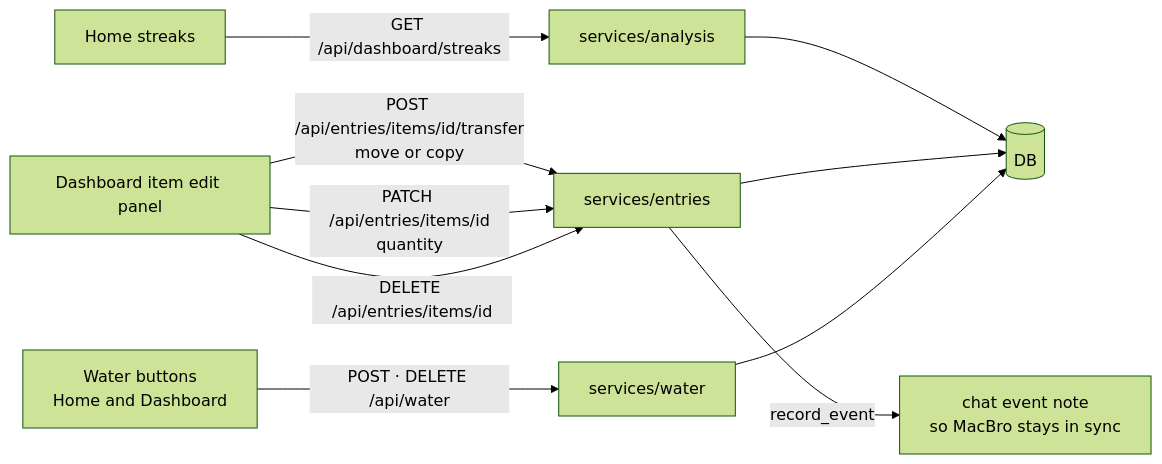
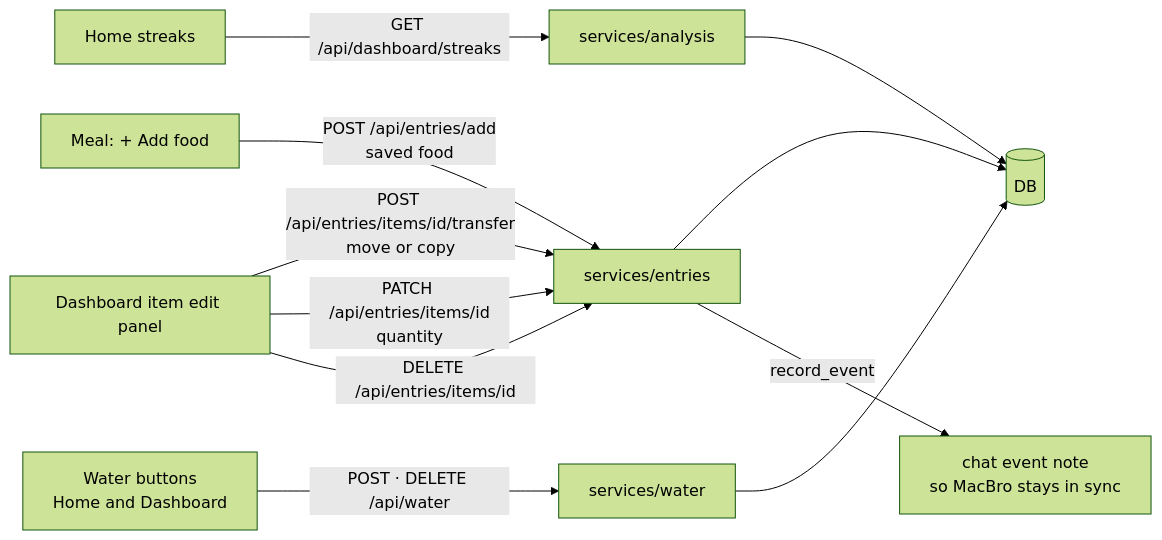
The sixth of 9 diagrams in docs/hld.md (NeoAnushka21/tracker_poc), drawn with Mermaid (forest theme) before and after one commit. The commit also changed other lines of this file and 22 other files, not shown here.

````diff
--- a/docs/hld.md
+++ b/docs/hld.md
@@ -133,12 +133,13 @@
 ```mermaid
 flowchart LR
     D[Dashboard item edit panel] -->|POST /api/entries/items/id/transfer<br/>move or copy| E[services/entries]
+    AF[Meal: + Add food] -->|POST /api/entries/add<br/>saved food| E
     D -->|PATCH /api/entries/items/id<br/>quantity| E
     D -->|DELETE /api/entries/items/id| E
     W[Water buttons<br/>Home and Dashboard] -->|POST · DELETE /api/water| WS[services/water]
     H[Home streaks] -->|GET /api/dashboard/streaks| AN[services/analysis]
     AN --> DB
     E --> DB[(DB)]
     WS --> DB
     E -->|record_event| CM[chat event note<br/>so MacBro stays in sync]
 ```
````
